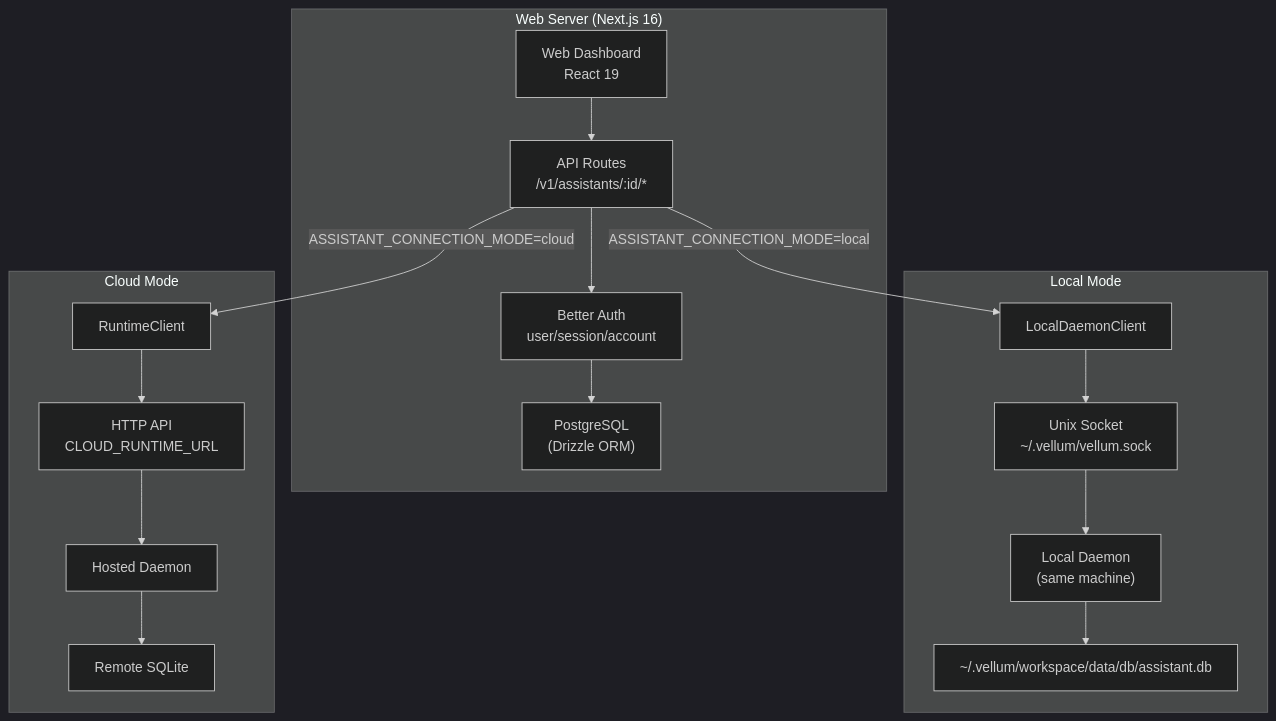
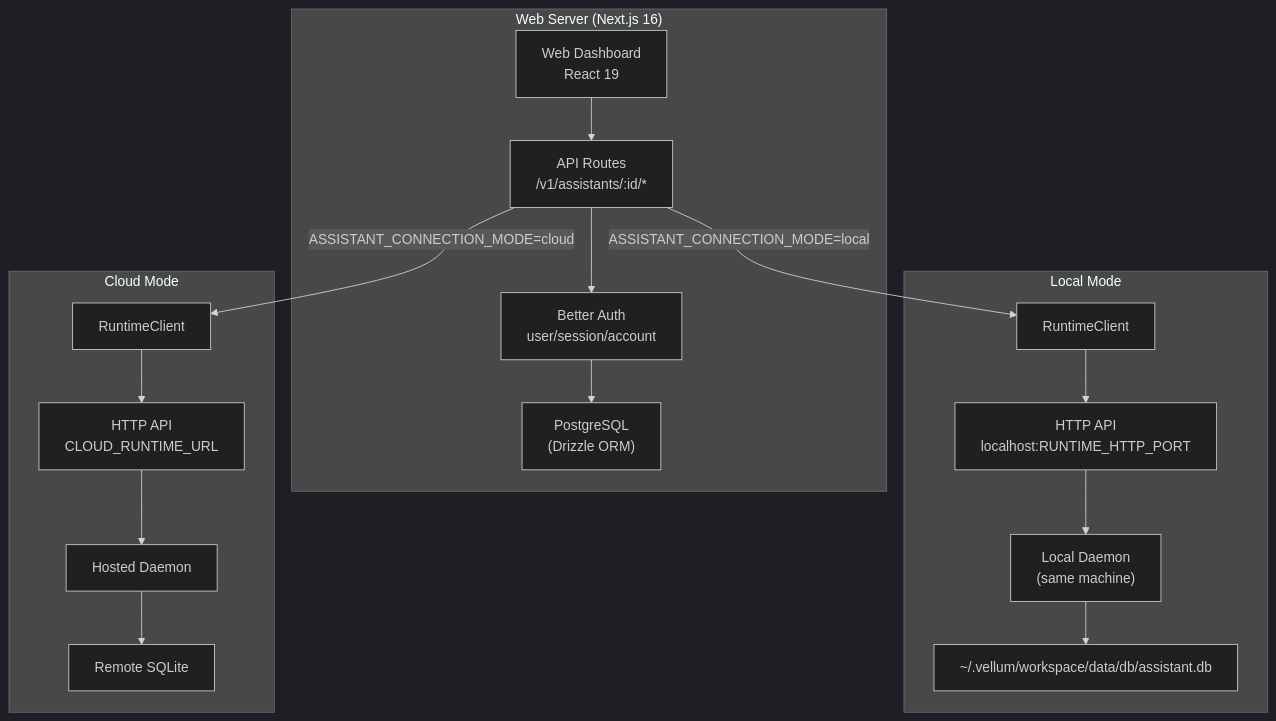
One commit to vellum-ai/vellum-assistant changed the second of 17 diagrams in assistant/ARCHITECTURE.md. Above: the diagram before and after it, drawn with Mermaid (dark theme). The commit also changed other lines of this file and 23 other files, not shown here.

````diff
--- a/assistant/ARCHITECTURE.md
+++ b/assistant/ARCHITECTURE.md
@@ -746,37 +737,37 @@
 ```mermaid
 graph TB
     subgraph "Web Server (Next.js 16)"
         DASHBOARD["Web Dashboard<br/>React 19"]
         ROUTES["API Routes<br/>/v1/assistants/:id/*"]
         AUTH["Better Auth<br/>user/session/account"]
         PG["PostgreSQL<br/>(Drizzle ORM)"]
     end
 
     subgraph "Local Mode"
-        LOCAL_CLIENT["LocalDaemonClient"]
-        LOCAL_SOCK["Unix Socket<br/>~/.vellum/vellum.sock"]
+        LOCAL_CLIENT["RuntimeClient"]
+        LOCAL_HTTP["HTTP API<br/>localhost:RUNTIME_HTTP_PORT"]
         LOCAL_DAEMON["Local Daemon<br/>(same machine)"]
         LOCAL_DB["~/.vellum/workspace/data/db/assistant.db"]
     end
 
     subgraph "Cloud Mode"
         RUNTIME_CLIENT["RuntimeClient"]
         CLOUD_HTTP["HTTP API<br/>CLOUD_RUNTIME_URL"]
         CLOUD_DAEMON["Hosted Daemon"]
         CLOUD_DB["Remote SQLite"]
     end
 
     DASHBOARD --> ROUTES
     ROUTES --> AUTH
     AUTH --> PG
 
     ROUTES -->|"ASSISTANT_CONNECTION_MODE=local"| LOCAL_CLIENT
-    LOCAL_CLIENT --> LOCAL_SOCK
-    LOCAL_SOCK --> LOCAL_DAEMON
+    LOCAL_CLIENT --> LOCAL_HTTP
+    LOCAL_HTTP --> LOCAL_DAEMON
     LOCAL_DAEMON --> LOCAL_DB
 
     ROUTES -->|"ASSISTANT_CONNECTION_MODE=cloud"| RUNTIME_CLIENT
     RUNTIME_CLIENT --> CLOUD_HTTP
     CLOUD_HTTP --> CLOUD_DAEMON
     CLOUD_DAEMON --> CLOUD_DB
 ```
````
